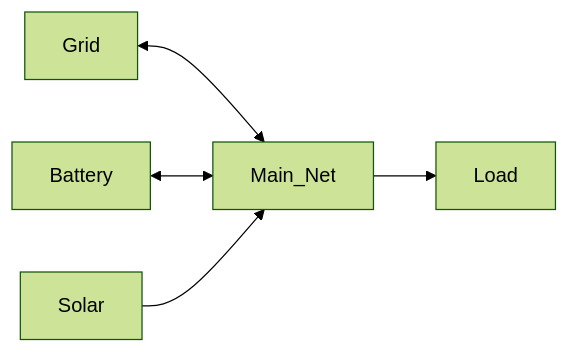
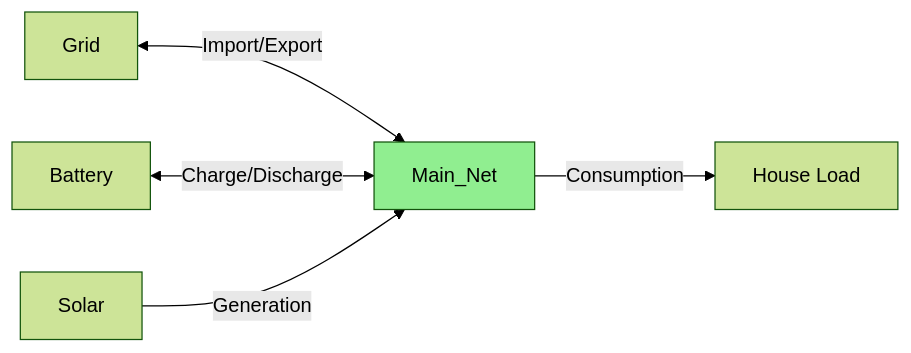
Before and after one commit to hass-energy/haeo: the first of 6 diagrams in docs/user-guide/entities/net.md, drawn with Mermaid (forest theme). The commit also changed other lines of this file and 2 other files, not shown here.

````diff
--- a/docs/user-guide/entities/net.md
+++ b/docs/user-guide/entities/net.md
@@ -24,7 +43,9 @@
 ```mermaid
 graph LR
-    Grid[Grid] <--> Net[Main_Net]
-    Battery[Battery] <--> Net
-    Solar[Solar] --> Net
-    Net --> Load[Load]
+    Grid[Grid] <-->|Import/Export| Net[Main_Net]
+    Battery[Battery] <-->|Charge/Discharge| Net
+    Solar[Solar] -->|Generation| Net
+    Net -->|Consumption| Load[House Load]
+
+    style Net fill:#90EE90
 ```
````
